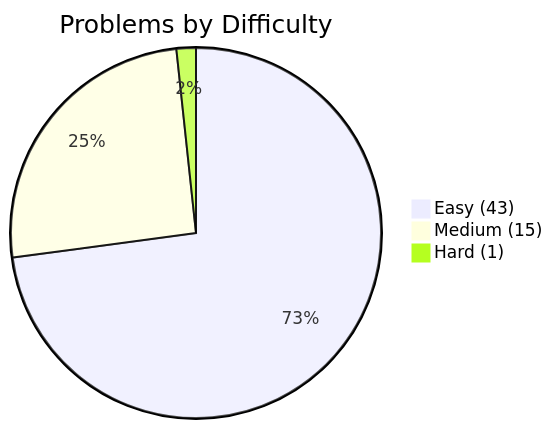
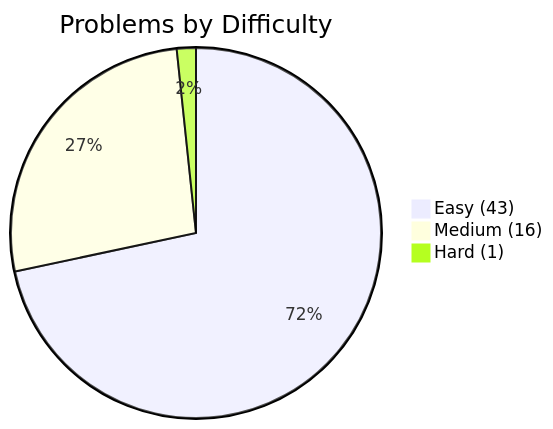
The first of 2 diagrams in PROGRESS.md (kanishk-procoder/leetcode-grind), drawn with Mermaid before and after one commit. The commit also changed other lines of this file and 4 other files, not shown here.

````diff
--- a/PROGRESS.md
+++ b/PROGRESS.md
@@ -5,6 +5,6 @@
 ```mermaid
 pie title Problems by Difficulty
     "Easy (43)" : 43
-    "Medium (15)" : 15
+    "Medium (16)" : 16
     "Hard (1)" : 1
 ```
````
